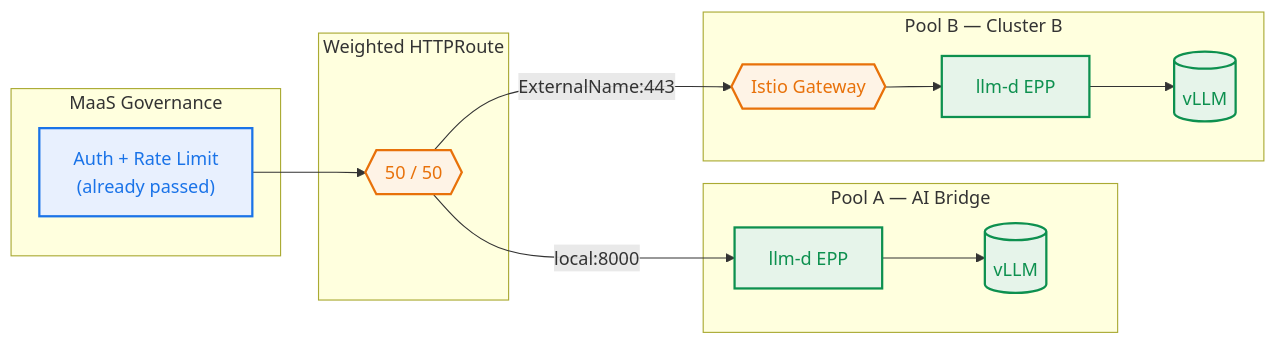
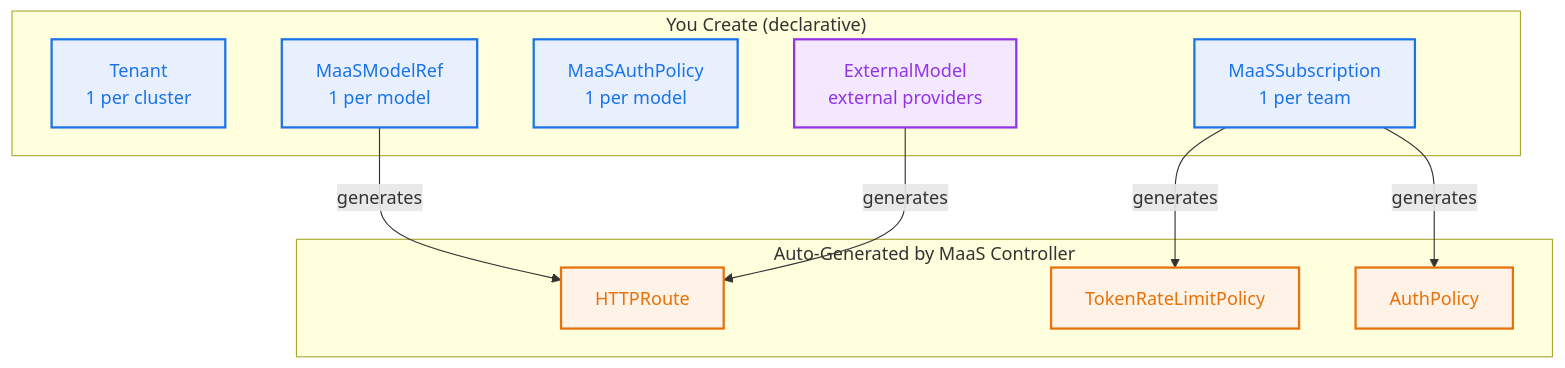
Before and after one commit to rrbanda/maas-demo: the third of 3 diagrams in docs/customer2-demo-narrative.md, drawn with Mermaid. The commit also changed other lines of this file, not shown here.

First line of the commit message:
Complete demo narrative: governance + multi-cluster + llm-d (12 acts)

````diff
--- a/docs/customer2-demo-narrative.md
+++ b/docs/customer2-demo-narrative.md
@@ -197,32 +815,25 @@
 ```mermaid
-flowchart LR
-    subgraph gov ["MaaS Governance"]
-        AuthLim["Auth + Rate Limit<br/>(already passed)"]:::governance
+flowchart TB
+    subgraph userCreated ["You Create (declarative)"]
+        Tenant["Tenant<br/>1 per cluster"]:::governance
+        Sub["MaaSSubscription<br/>1 per team"]:::governance
+        AuthPol["MaaSAuthPolicy<br/>1 per model"]:::governance
+        ModelRef["MaaSModelRef<br/>1 per model"]:::governance
+        ExtModel["ExternalModel<br/>external providers"]:::external
     end
 
-    subgraph split ["Weighted HTTPRoute"]
-        HR{{"50 / 50"}}:::routing
+    subgraph autoGen ["Auto-Generated by MaaS Controller"]
+        HR["HTTPRoute"]:::routing
+        TRLP["TokenRateLimitPolicy"]:::routing
+        AP["AuthPolicy"]:::routing
     end
 
-    subgraph poolA ["Pool A — AI Bridge"]
-        EPP1["llm-d EPP"]:::inference
-        vLLM1[("vLLM")]:::inference
-        EPP1 --> vLLM1
-    end
-
-    subgraph poolB ["Pool B — Cluster B"]
-        IST{{"Istio Gateway"}}:::routing
-        EPP2["llm-d EPP"]:::inference
-        vLLM2[("vLLM")]:::inference
-        IST --> EPP2
-        EPP2 --> vLLM2
-    end
-
-    AuthLim --> HR
-    HR -->|"local:8000"| EPP1
-    HR -->|"ExternalName:443"| IST
+    Sub -->|"generates"| TRLP
+    Sub -->|"generates"| AP
+    ModelRef -->|"generates"| HR
+    ExtModel -->|"generates"| HR
 
     classDef governance fill:#e8f0fe,stroke:#1a73e8,stroke-width:2px,color:#1a73e8
     classDef routing fill:#fef3e6,stroke:#e8710a,stroke-width:2px,color:#e8710a
-    classDef inference fill:#e6f4ea,stroke:#0d904f,stroke-width:2px,color:#0d904f
+    classDef external fill:#f3e8fd,stroke:#9334e6,stroke-width:2px,color:#9334e6
 ```
````
